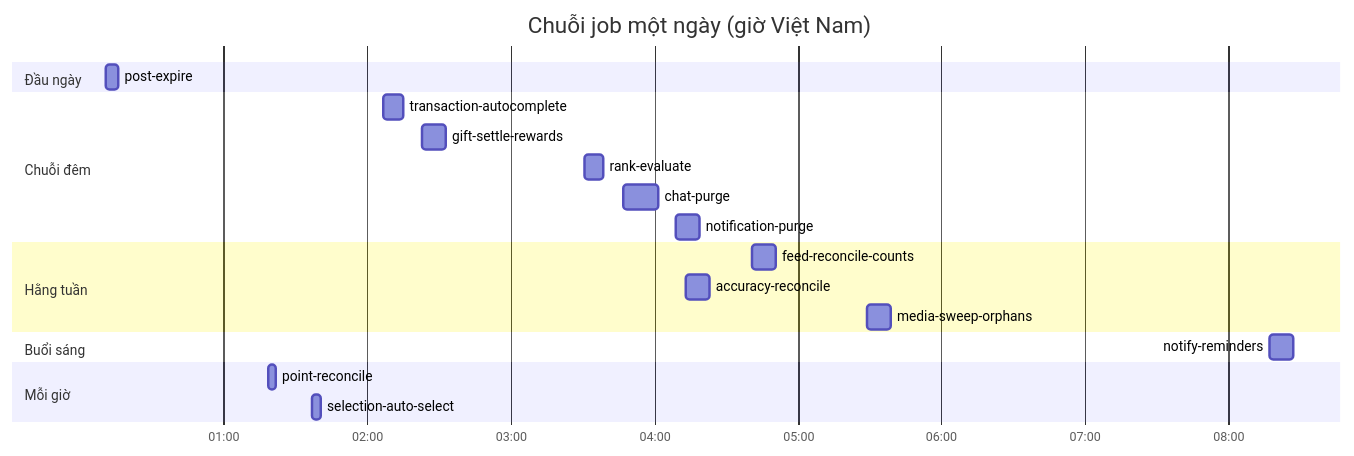
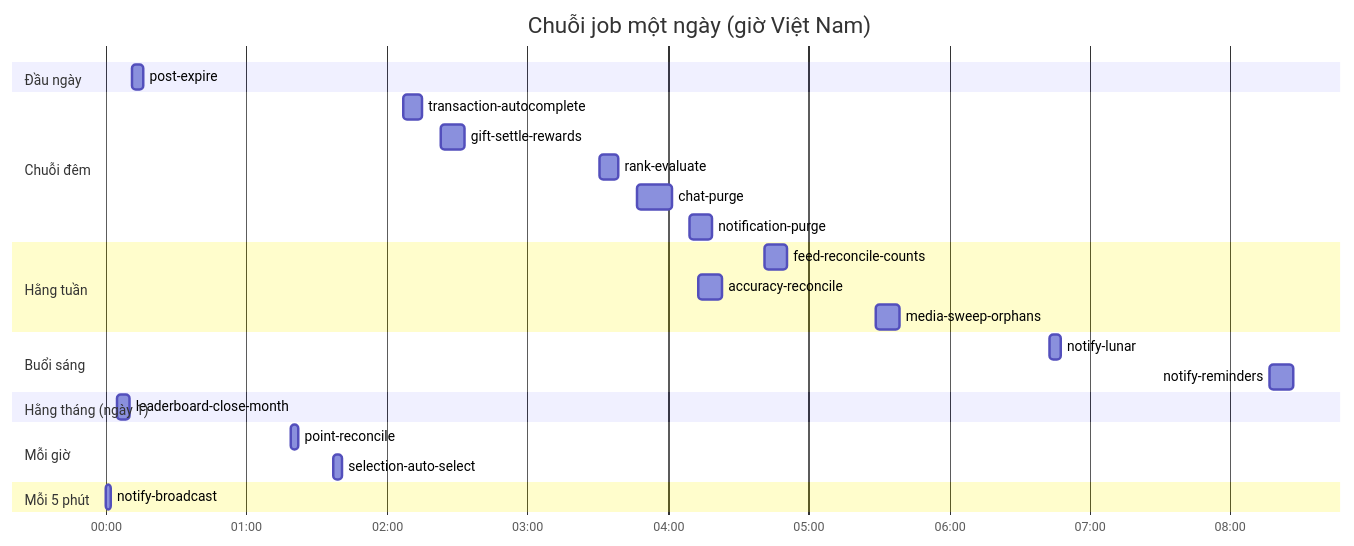
Before and after one commit to fdshn/trueheart: the sixth of 8 diagrams in docs/diagram/17-jobs.md, drawn with Mermaid. The commit also changed other lines of this file and 49 other files, not shown here.

````diff
--- a/docs/diagram/17-jobs.md
+++ b/docs/diagram/17-jobs.md
@@ -199,23 +198,28 @@
 ```mermaid
 gantt
     title Chuỗi job một ngày (giờ Việt Nam)
     dateFormat HH:mm
     axisFormat %H:%M
     section Đầu ngày
     post-expire            :00:11, 5m
     section Chuỗi đêm
     transaction-autocomplete :02:07, 8m
     gift-settle-rewards      :02:23, 10m
     rank-evaluate            :03:31, 8m
     chat-purge               :03:47, 15m
     notification-purge       :04:09, 10m
     section Hằng tuần
     feed-reconcile-counts  :04:41, 10m
     accuracy-reconcile     :04:13, 10m
     media-sweep-orphans    :05:29, 10m
     section Buổi sáng
+    notify-lunar           :06:43, 5m
     notify-reminders       :08:17, 10m
+    section Hằng tháng (ngày 1)
+    leaderboard-close-month :00:05, 5m
     section Mỗi giờ
     point-reconcile        :01:19, 3m
     selection-auto-select  :01:37, 4m
+    section Mỗi 5 phút
+    notify-broadcast       :00:00, 2m
 ```
````
